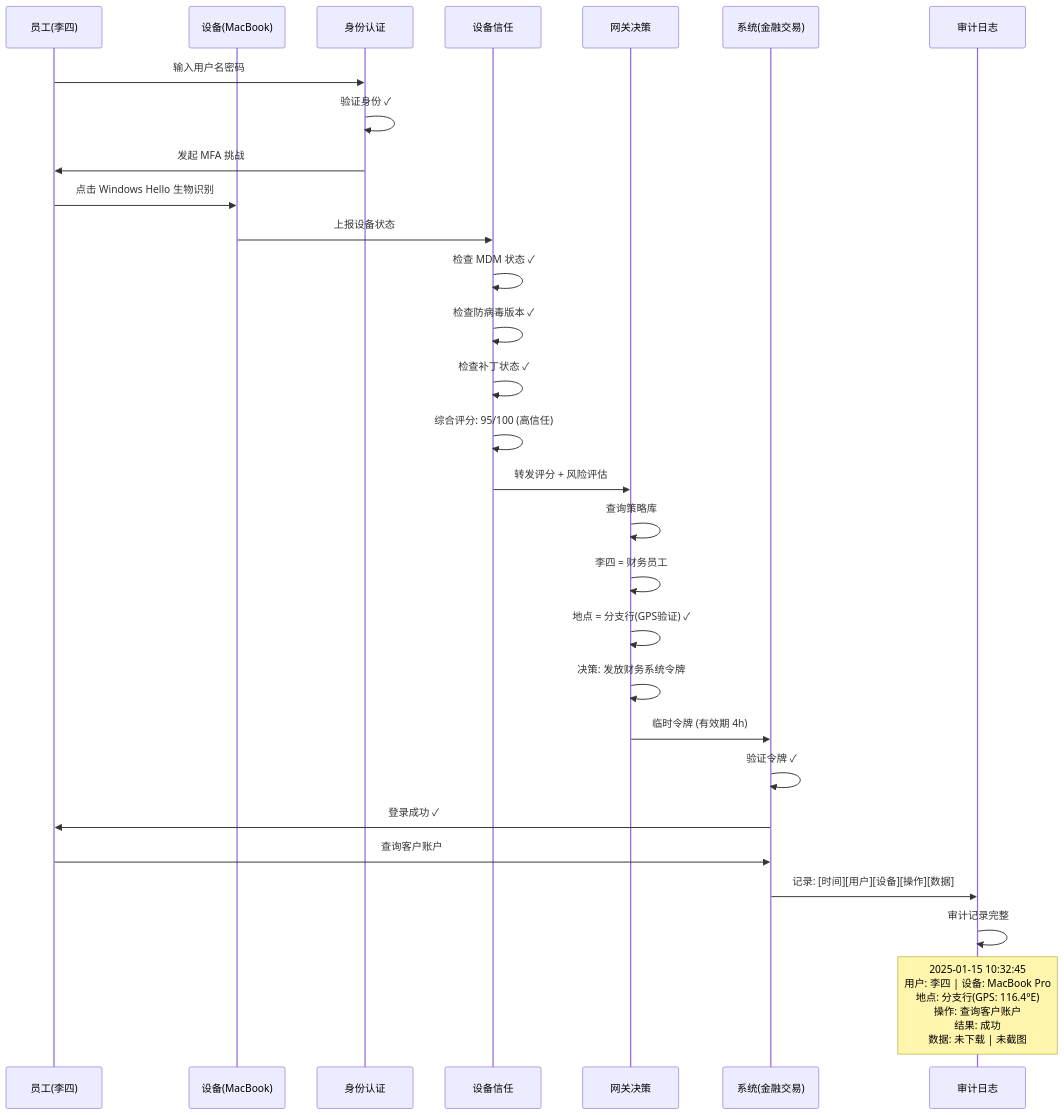
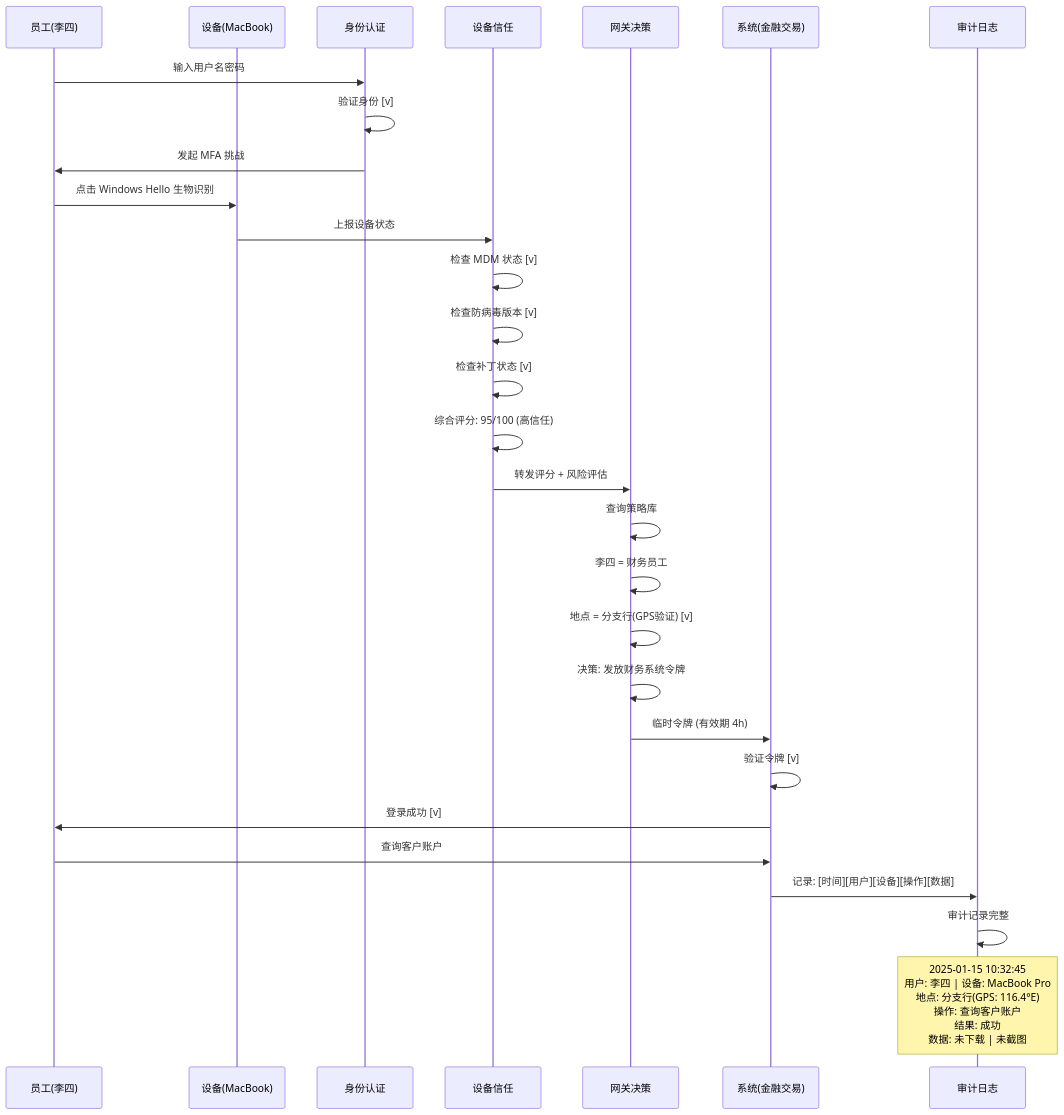
Before and after one commit to SKT-Shurima/NetworkMastery: the third of 3 diagrams in docs/guide/sdwan/diagrams/enhanced-mermaid/case2-security.md, drawn with Mermaid. The commit also changed other lines of this file and 26 other files, not shown here.

````diff
--- a/docs/guide/sdwan/diagrams/enhanced-mermaid/case2-security.md
+++ b/docs/guide/sdwan/diagrams/enhanced-mermaid/case2-security.md
@@ -113,37 +113,37 @@
 ```mermaid
 sequenceDiagram
     participant U as 员工(李四)
     participant D as 设备(MacBook)
     participant Auth as 身份认证
     participant Trust as 设备信任
     participant Gate as 网关决策
     participant App as 系统(金融交易)
     participant Log as 审计日志
     
     U->>Auth: 输入用户名密码
-    Auth->>Auth: 验证身份 ✓
+    Auth->>Auth: 验证身份 [v]
     Auth->>U: 发起 MFA 挑战
     
     U->>D: 点击 Windows Hello 生物识别
     D->>Trust: 上报设备状态
-    Trust->>Trust: 检查 MDM 状态 ✓
-    Trust->>Trust: 检查防病毒版本 ✓
-    Trust->>Trust: 检查补丁状态 ✓
+    Trust->>Trust: 检查 MDM 状态 [v]
+    Trust->>Trust: 检查防病毒版本 [v]
+    Trust->>Trust: 检查补丁状态 [v]
     Trust->>Trust: 综合评分: 95/100 (高信任)
     
     Trust->>Gate: 转发评分 + 风险评估
     Gate->>Gate: 查询策略库
     Gate->>Gate: 李四 = 财务员工
-    Gate->>Gate: 地点 = 分支行(GPS验证) ✓
+    Gate->>Gate: 地点 = 分支行(GPS验证) [v]
     Gate->>Gate: 决策: 发放财务系统令牌
     
     Gate->>App: 临时令牌 (有效期 4h)
-    App->>App: 验证令牌 ✓
-    App->>U: 登录成功 ✓
+    App->>App: 验证令牌 [v]
+    App->>U: 登录成功 [v]
     
     U->>App: 查询客户账户 #12345
     App->>Log: 记录: [时间][用户][设备][操作][数据]
     Log->>Log: 审计记录完整
     
     note over Log: 2025-01-15 10:32:45<br/>用户: 李四 | 设备: MacBook Pro<br/>地点: 分支行(GPS: 116.4°E)<br/>操作: 查询客户账户<br/>结果: 成功<br/>数据: 未下载 | 未截图
 ```
````
